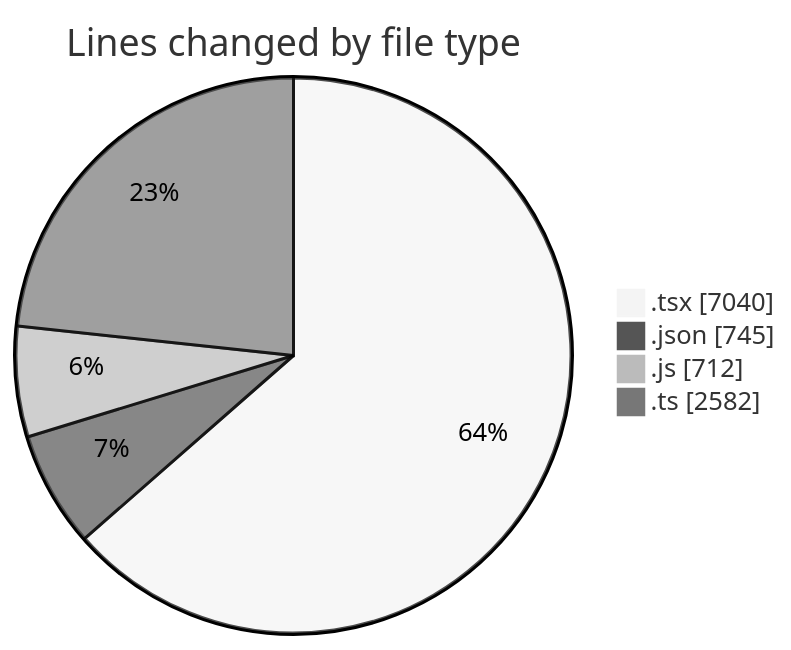
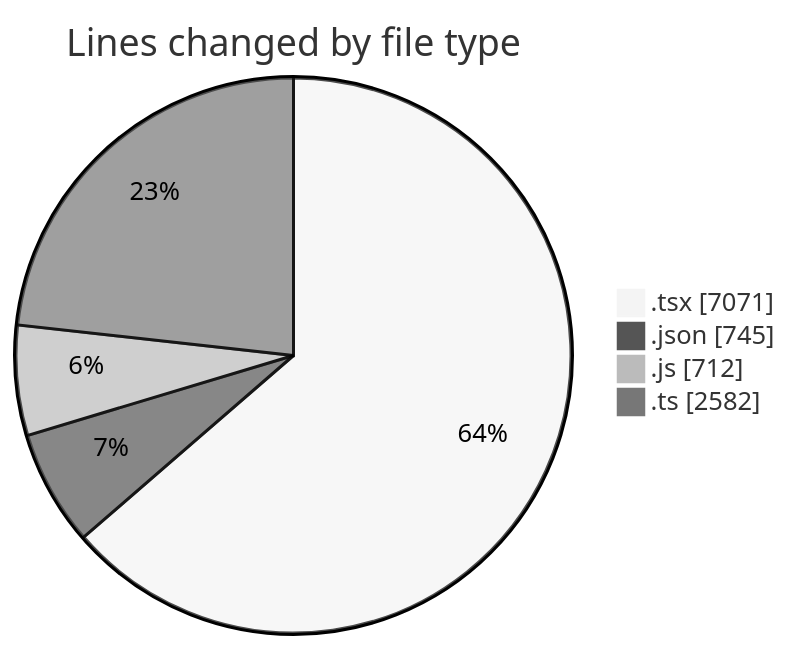
Before and after one commit to momahboobian/code-tracking: the first of 2 diagrams in 2026-08-07/cda/README.md, drawn with Mermaid (neutral theme). The commit also changed other lines of this file and 1 other file, not shown here.

````diff
--- a/2026-08-07/cda/README.md
+++ b/2026-08-07/cda/README.md
@@ -34,8 +34,8 @@
 ```mermaid
 pie showData
 title Lines changed by file type
-".tsx" : 7040
+".tsx" : 7071
 ".json" : 745
 ".js" : 712
 ".ts" : 2582
 ```
````
